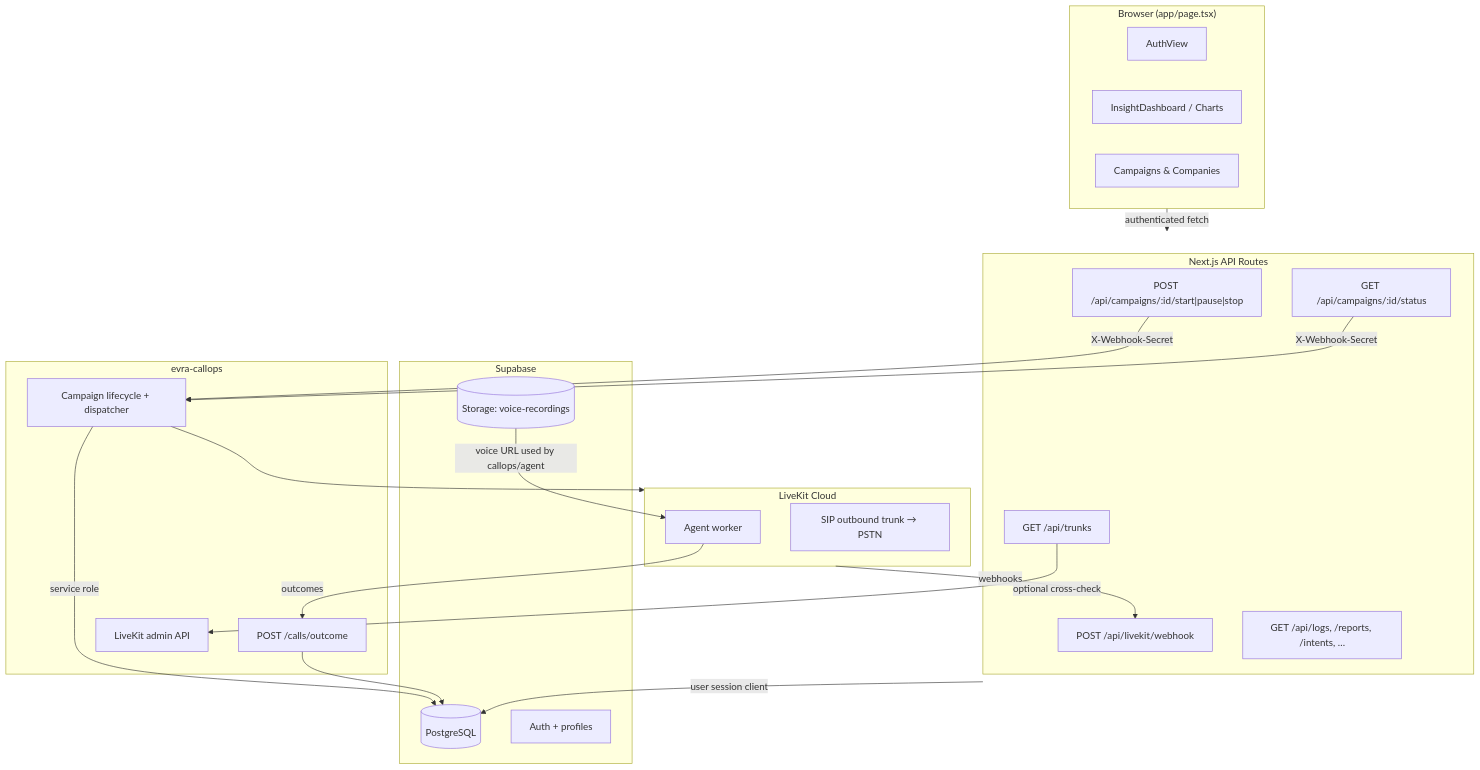
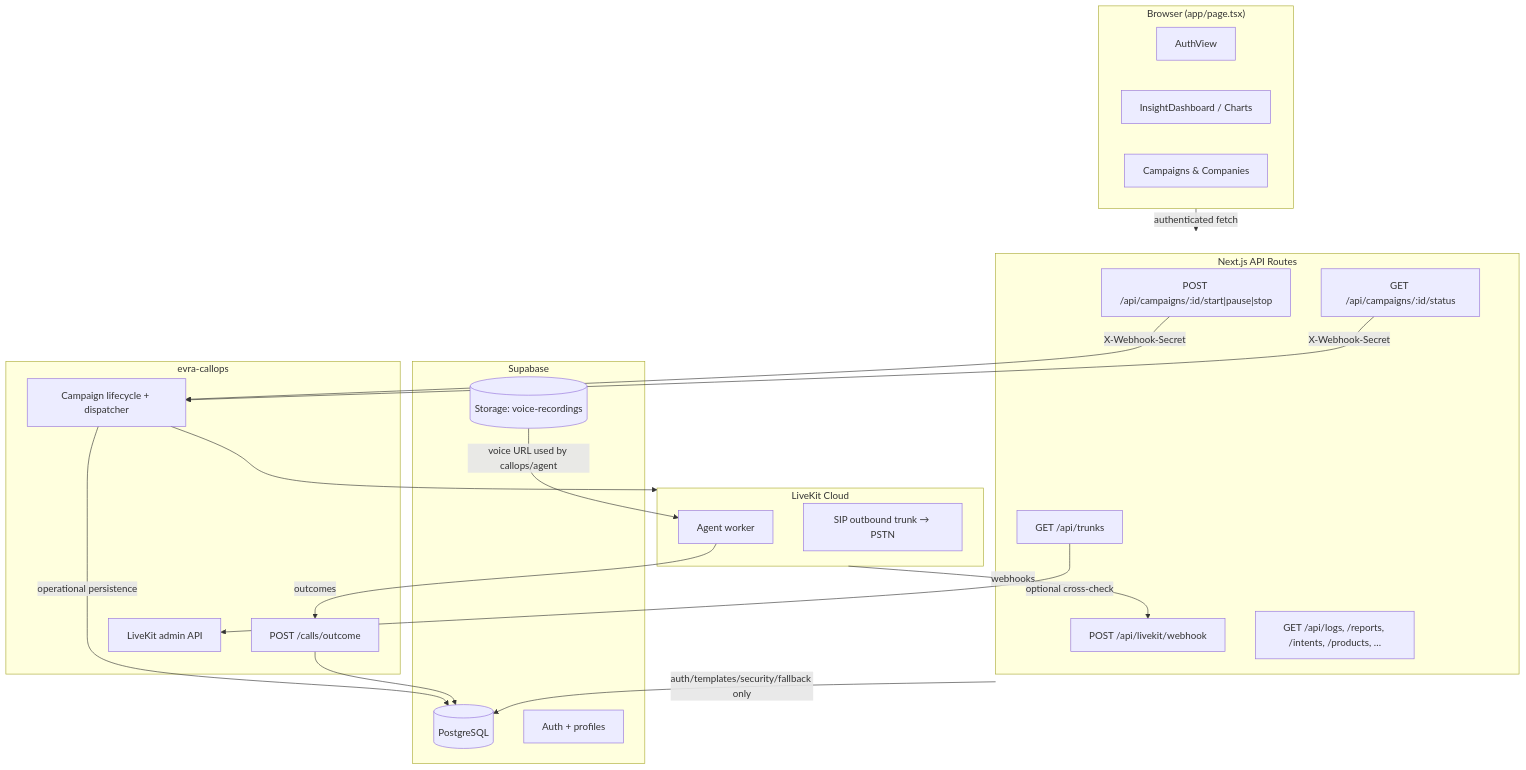
Before and after one commit to GhostAI-Core/agent-avm-interface: the diagram in README.md, drawn with Mermaid. The commit also changed other lines of this file and 11 other files, not shown here.

Commit message:
docs: refresh CallOps and product architecture

````diff
--- a/README.md
+++ b/README.md
@@ -18,45 +18,45 @@
 ```mermaid
 flowchart TB
   subgraph UI["Browser (app/page.tsx)"]
     Auth[AuthView]
     Dash[InsightDashboard / Charts]
     Camp[Campaigns & Companies]
   end
 
   subgraph API["Next.js API Routes"]
     Life["POST /api/campaigns/:id/start|pause|stop"]
     Stat["GET /api/campaigns/:id/status"]
     WH["POST /api/livekit/webhook"]
     Trunks["GET /api/trunks"]
-    Read["GET /api/logs, /reports, /intents, …"]
+    Read["GET /api/logs, /reports, /intents, /products, …"]
   end
 
   subgraph SB["Supabase"]
     DB[(PostgreSQL)]
     Store[(Storage: voice-recordings)]
     AuthN[Auth + profiles]
   end
 
   subgraph CO["evra-callops"]
     Orchestrator[Campaign lifecycle + dispatcher]
     Outcome["POST /calls/outcome"]
     LKAdmin["LiveKit admin API"]
   end
 
   subgraph LK["LiveKit Cloud"]
     Agent[Agent worker]
     SIP[SIP outbound trunk → PSTN]
   end
 
   UI -->|authenticated fetch| API
-  API -->|user session client| DB
+  API -->|auth/templates/security/fallback only| DB
   Life -->|X-Webhook-Secret| Orchestrator
   Stat -->|X-Webhook-Secret| Orchestrator
   Trunks -->|optional cross-check| LKAdmin
-  Orchestrator -->|service role| DB
+  Orchestrator -->|operational persistence| DB
   Orchestrator --> LK
   LK -->|webhooks| WH
   Agent -->|outcomes| Outcome
   Outcome --> DB
   Store -->|voice URL used by callops/agent| Agent
 ```
````
